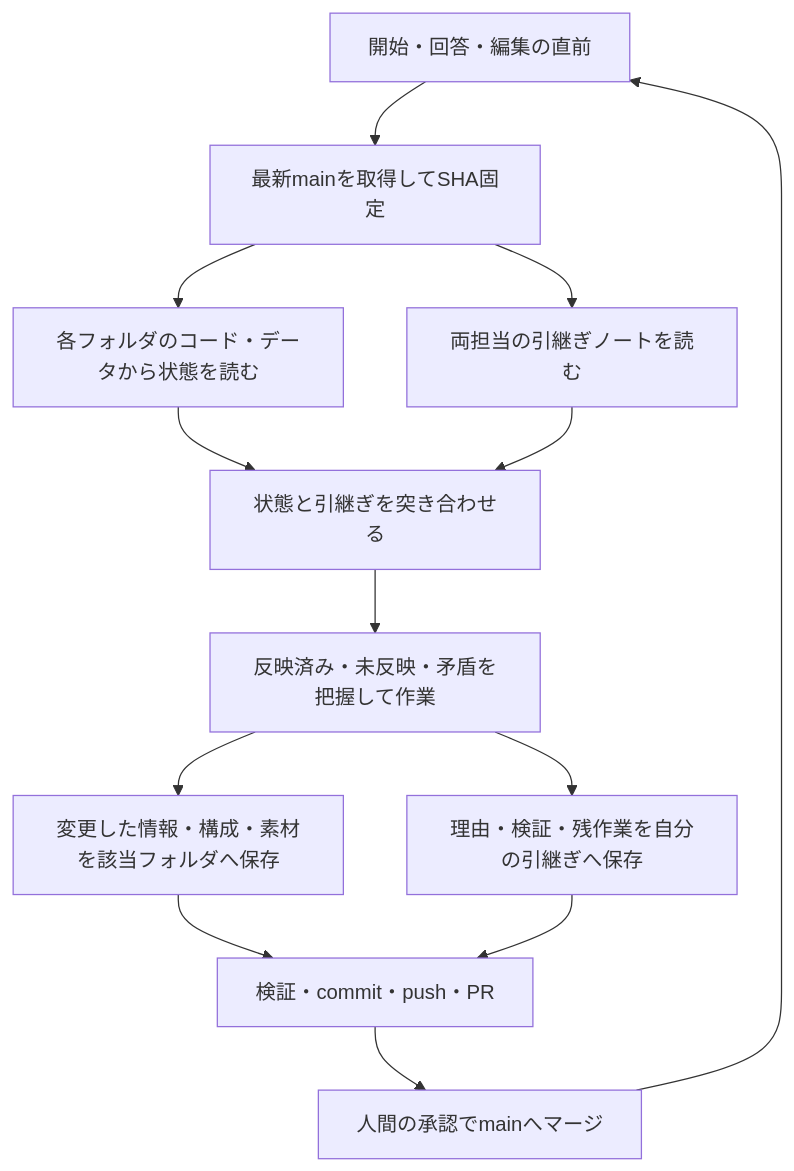
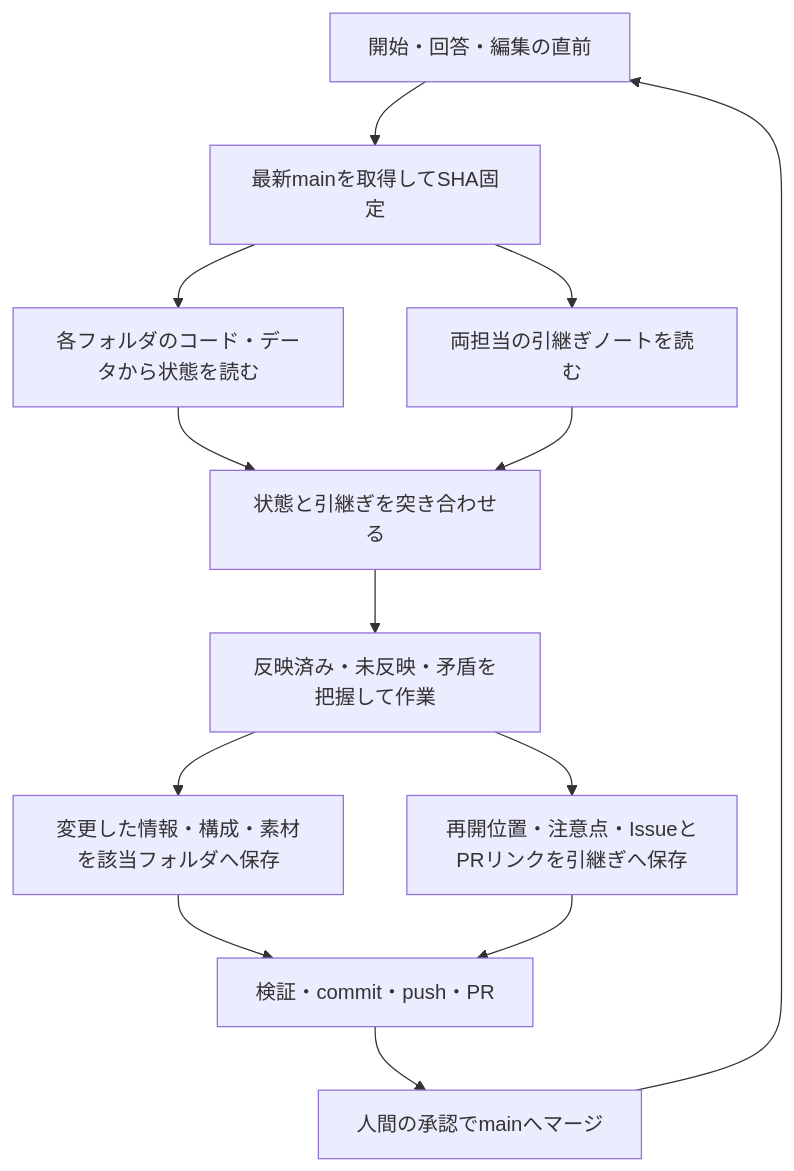
The diagram in docs/fresh-context.md (rahiseko-alt/DTP), drawn with Mermaid before and after one commit. The commit also changed other lines of this file and 4 other files, not shown here.

````diff
--- a/docs/fresh-context.md
+++ b/docs/fresh-context.md
@@ -5,15 +16,15 @@
 ```mermaid
 flowchart TD
     A[開始・回答・編集の直前] --> B[最新mainを取得してSHA固定]
     B --> C[各フォルダのコード・データから状態を読む]
     B --> D[両担当の引継ぎノートを読む]
     C --> E[状態と引継ぎを突き合わせる]
     D --> E
     E --> F[反映済み・未反映・矛盾を把握して作業]
     F --> G[変更した情報・構成・素材を該当フォルダへ保存]
-    F --> H[理由・検証・残作業を自分の引継ぎへ保存]
+    F --> H[再開位置・注意点・IssueとPRリンクを引継ぎへ保存]
     G --> I[検証・commit・push・PR]
     H --> I
     I --> J[人間の承認でmainへマージ]
     J --> A
 ```
````
